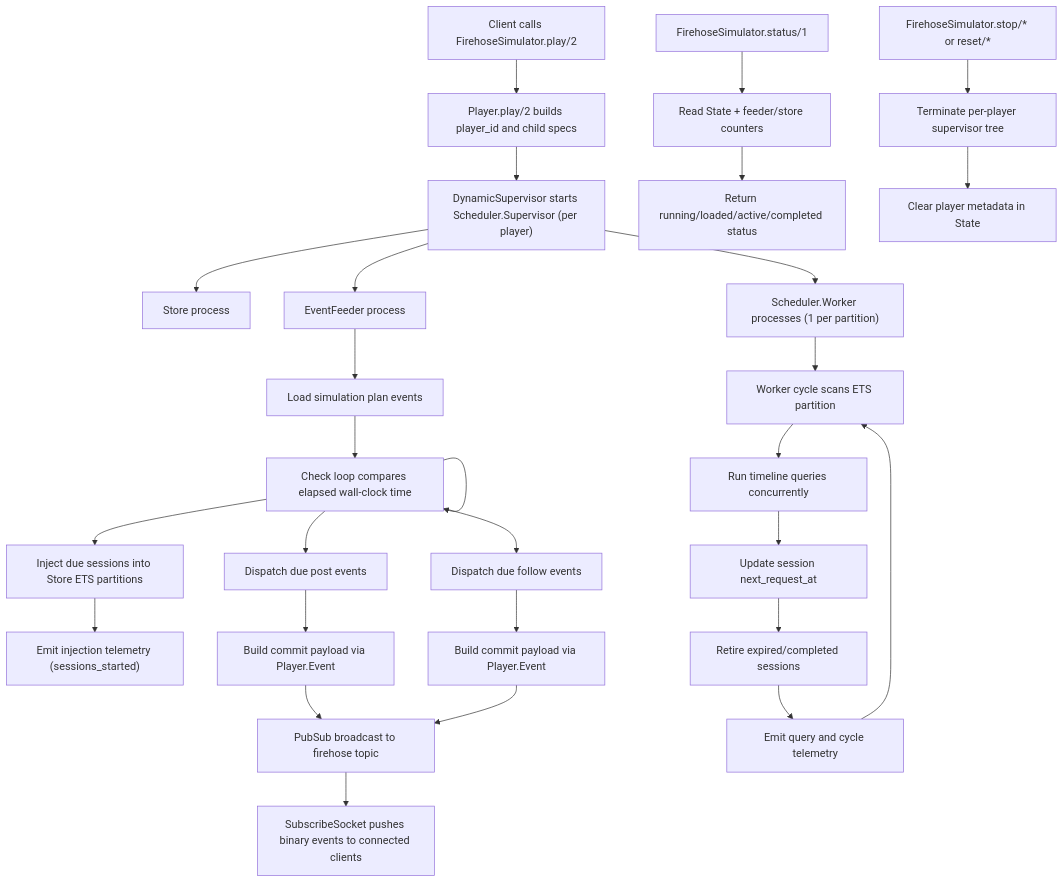
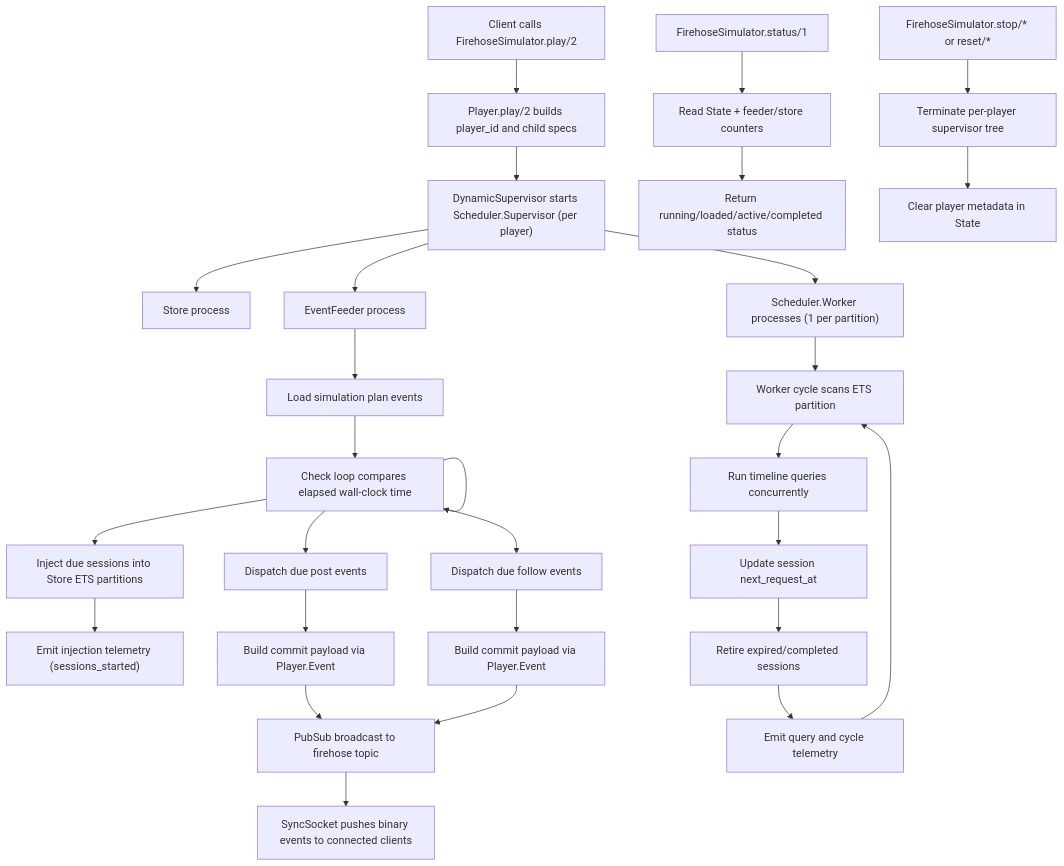
Before and after one commit to bitcrowd/ATProto_firehose_simulator: the diagram in docs/player.md, drawn with Mermaid. The commit also changed 2 other files, not shown here.

Commit message:
Rename SubscribeSocket to SyncSocket

````diff
--- a/docs/player.md
+++ b/docs/player.md
@@ -54,34 +54,34 @@
 ```mermaid
 flowchart TD
   A["Client calls FirehoseSimulator.play/2"] --> B["Player.play/2 builds player_id and child specs"]
   B --> C["DynamicSupervisor starts Scheduler.Supervisor (per player)"]
   C --> D["Store process"]
   C --> E["EventFeeder process"]
   C --> F["Scheduler.Worker processes (1 per partition)"]
 
   E --> G["Load simulation plan events"]
   G --> H["Check loop compares elapsed wall-clock time"]
   H --> I["Inject due sessions into Store ETS partitions"]
   I --> J["Emit injection telemetry (sessions_started)"]
   H --> K["Dispatch due post events"]
   H --> L["Dispatch due follow events"]
   K --> M["Build commit payload via Player.Event"]
   L --> N["Build commit payload via Player.Event"]
   M --> O["PubSub broadcast to firehose topic"]
   N --> O
-  O --> P["SubscribeSocket pushes binary events to connected clients"]
+  O --> P["SyncSocket pushes binary events to connected clients"]
   H --> H
 
   F --> Q["Worker cycle scans ETS partition"]
   Q --> R["Run timeline queries concurrently"]
   R --> S["Update session next_request_at"]
   S --> T["Retire expired/completed sessions"]
   T --> U["Emit query and cycle telemetry"]
   U --> Q
 
   V["FirehoseSimulator.status/1"] --> W["Read State + feeder/store counters"]
   W --> X["Return running/loaded/active/completed status"]
 
   Y["FirehoseSimulator.stop/* or reset/*"] --> Z["Terminate per-player supervisor tree"]
   Z --> AA["Clear player metadata in State"]
 ```
````
